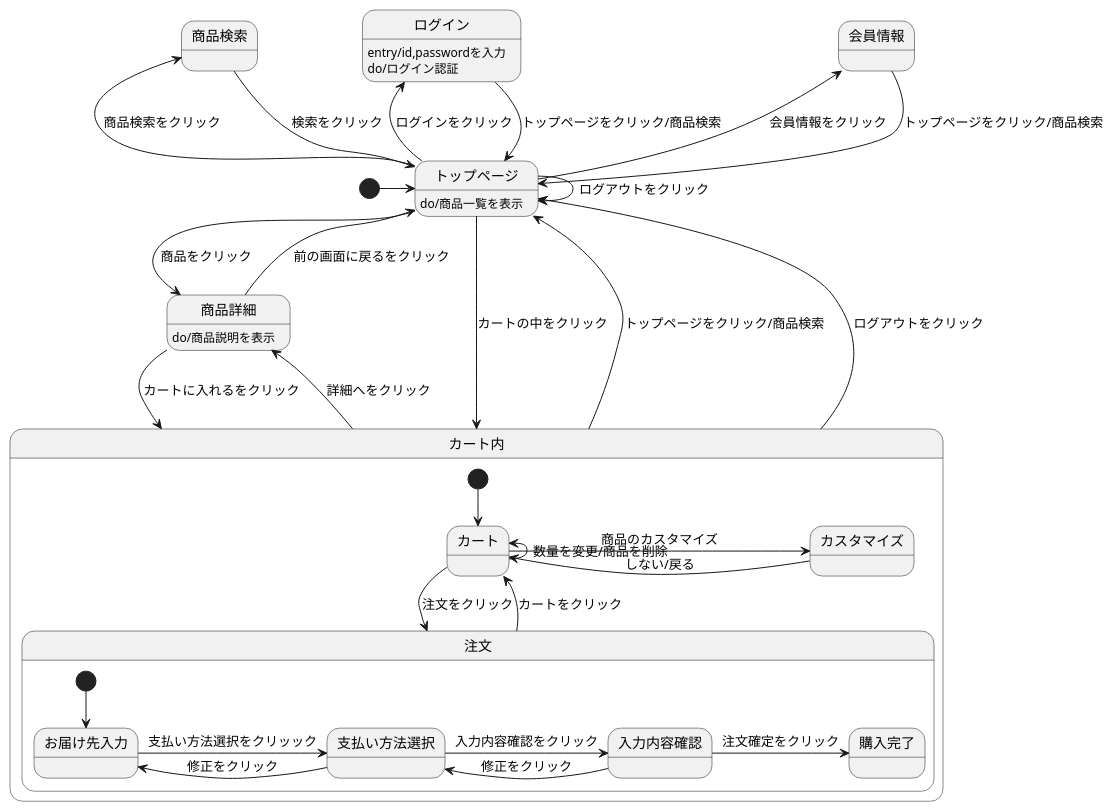
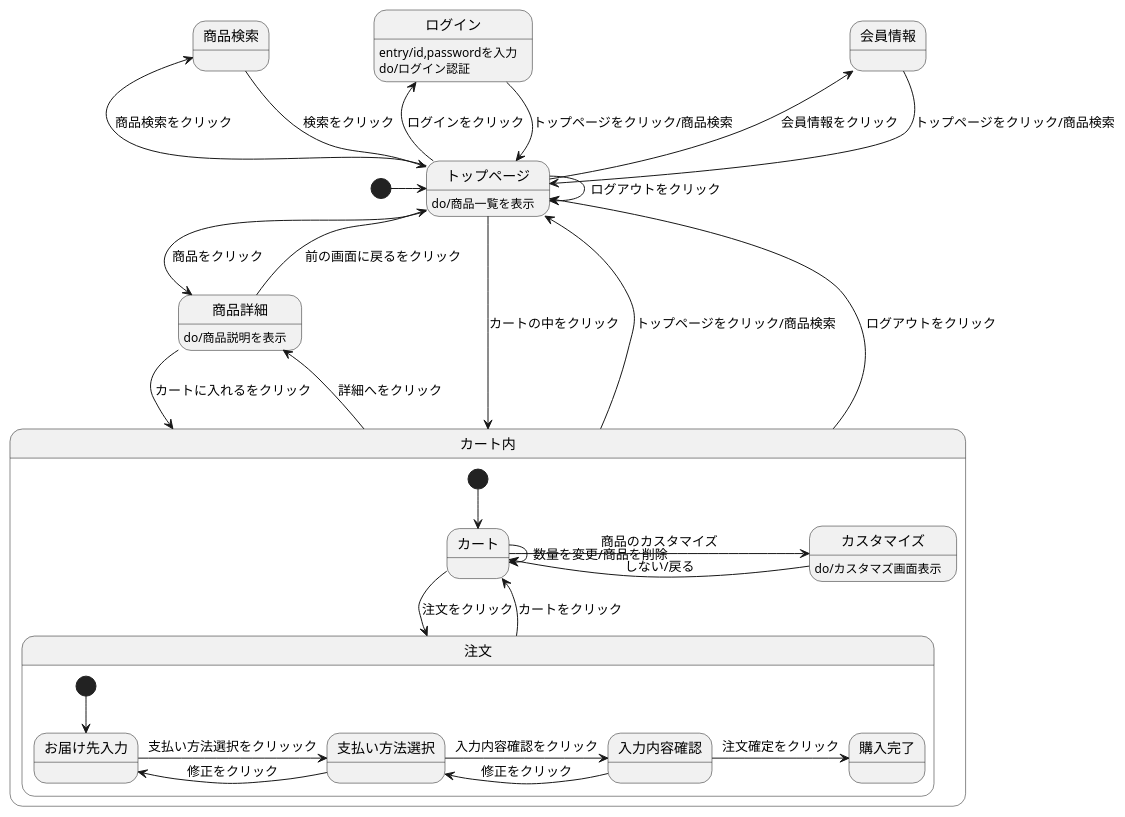
The diagram in kadai12.md (Aso2001165/2021sys-design-3), drawn with PlantUML before and after one commit.

````diff
--- a/kadai12.md
+++ b/kadai12.md
@@ -1,40 +1,41 @@
 ```uml
 @startuml
 [*] -> トップページ
 会員情報 --> トップページ : トップページをクリック/商品検索
 ログイン --> トップページ : トップページをクリック/商品検索
 ログイン:entry/id,passwordを入力
 ログイン:do/ログイン認証
 トップページ --> トップページ : ログアウトをクリック
 トップページ -> 商品詳細 : 商品をクリック
 トップページ -left-> 会員情報 : 会員情報をクリック
 トップページ -left-> ログイン : ログインをクリック
 トップページ --> カート内 : カートの中をクリック
 トップページ:do/商品一覧を表示
 商品検索 --> トップページ : 検索をクリック
 トップページ -left-> 商品検索 : 商品検索をクリック
 商品詳細 --> カート内 : カートに入れるをクリック
 商品詳細 --> トップページ : 前の画面に戻るをクリック
 商品詳細:do/商品説明を表示
 カート内 -up-> トップページ : トップページをクリック/商品検索
 カート内 -up-> トップページ : ログアウトをクリック
 カート内 -> 商品詳細 : 詳細へをクリック
 
 state カート内 {
  [*] --> カート
  カート -> 注文 : 注文をクリック
- カート -left-> カート : 数量を変更/商品を削除
+ カート -> カート : 数量を変更/商品を削除
  カート -> カスタマイズ : 商品のカスタマイズ
+ カスタマイズ : do/カスタマズ画面表示
  カスタマイズ -> カート : しない/戻る
  注文 --> カート : カートをクリック
 state 注文 {
  [*] --> お届け先入力
  お届け先入力 -> 支払い方法選択 : 支払い方法選択をクリッック
  支払い方法選択 -> 入力内容確認 : 入力内容確認をクリック
  支払い方法選択 -> お届け先入力 : 修正をクリック
  入力内容確認 -> 支払い方法選択 : 修正をクリック
  入力内容確認 -> 購入完了 : 注文確定をクリック
  }
 }
 @enduml
 ```
````
